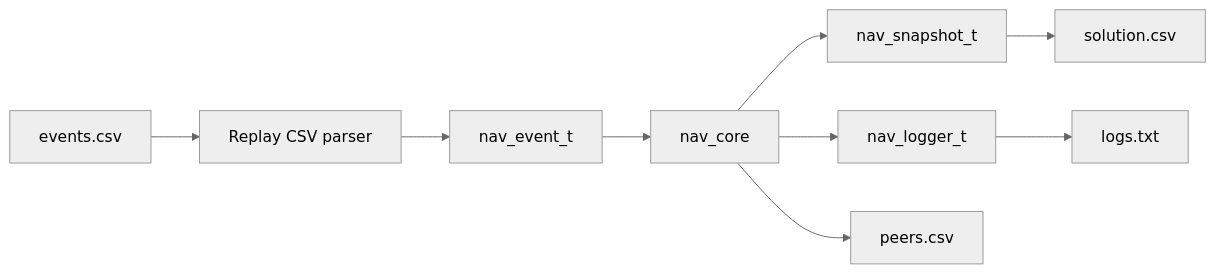
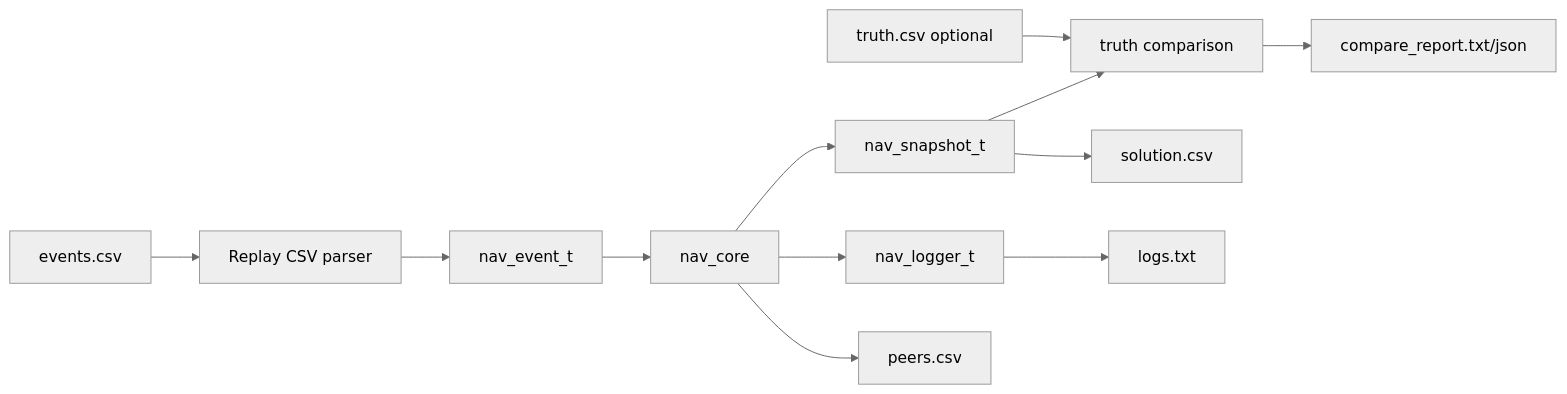
Before and after one commit to Zelefin/mcu-nav: the sixth of 7 diagrams in docs/data_flow.md, drawn with Mermaid (neutral theme). The commit also changed other lines of this file and 25 other files, not shown here.

````diff
--- a/docs/data_flow.md
+++ b/docs/data_flow.md
@@ -93,11 +93,14 @@
 ```mermaid
 flowchart LR
     CSV[events.csv] --> PARSER[Replay CSV parser]
     PARSER --> EVT[nav_event_t]
     EVT --> CORE[nav_core]
     CORE --> SNAP[nav_snapshot_t]
     CORE --> LOG[nav_logger_t]
+    TRUTH[truth.csv optional] --> CMP[truth comparison]
     SNAP --> SOL[solution.csv]
+    SNAP --> CMP
+    CMP --> REPORT[compare_report.txt/json]
     CORE --> PEERS[peers.csv]
     LOG --> TXT[logs.txt]
 ```
````
